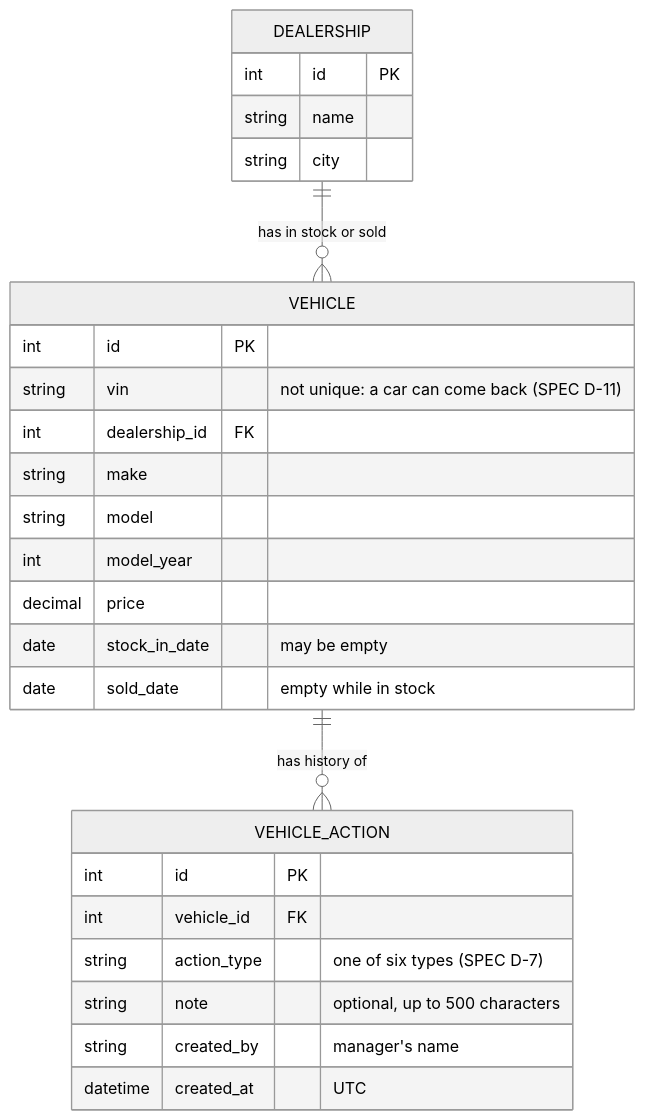
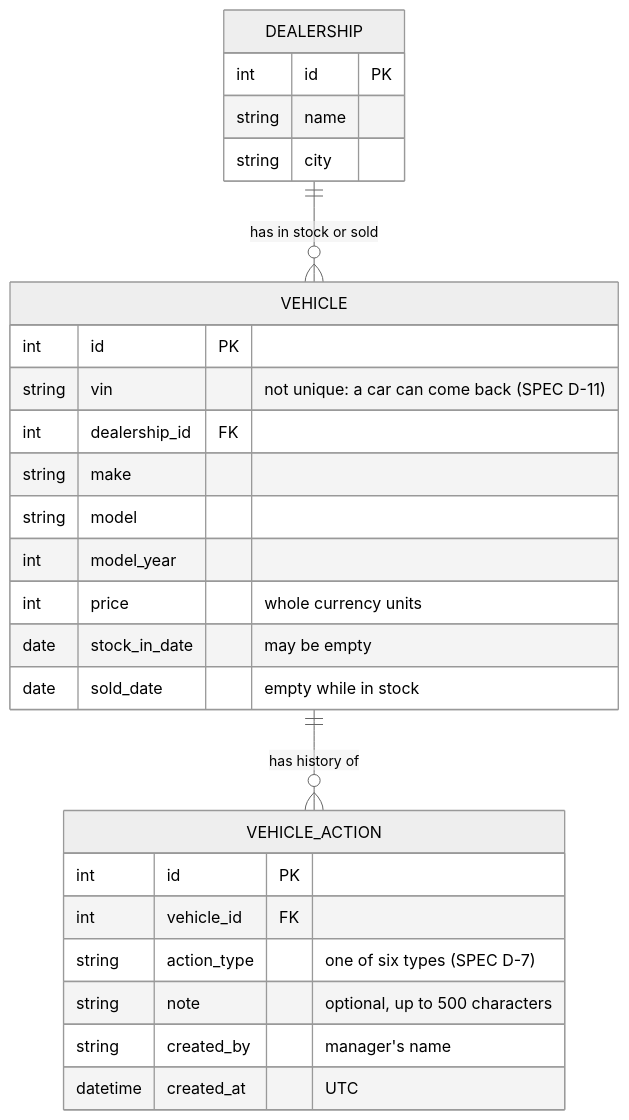
Before and after one commit to giang-nh/keyloop-inventory: the second of 4 diagrams in docs/SYSTEM_DESIGN.md, drawn with Mermaid (neutral theme). The commit also changed other lines of this file and 16 other files, not shown here.

First line of the commit message:
feat: add database schema, migrations and seed data

````diff
--- a/docs/SYSTEM_DESIGN.md
+++ b/docs/SYSTEM_DESIGN.md
@@ -109,30 +109,30 @@
 ```mermaid
 erDiagram
     DEALERSHIP ||--o{ VEHICLE : "has in stock or sold"
     VEHICLE ||--o{ VEHICLE_ACTION : "has history of"
 
     DEALERSHIP {
         int id PK
         string name
         string city
     }
     VEHICLE {
         int id PK
         string vin "not unique: a car can come back (SPEC D-11)"
         int dealership_id FK
         string make
         string model
         int model_year
-        decimal price
+        int price "whole currency units"
         date stock_in_date "may be empty"
         date sold_date "empty while in stock"
     }
     VEHICLE_ACTION {
         int id PK
         int vehicle_id FK
         string action_type "one of six types (SPEC D-7)"
         string note "optional, up to 500 characters"
         string created_by "manager's name"
         datetime created_at "UTC"
     }
 ```
````
